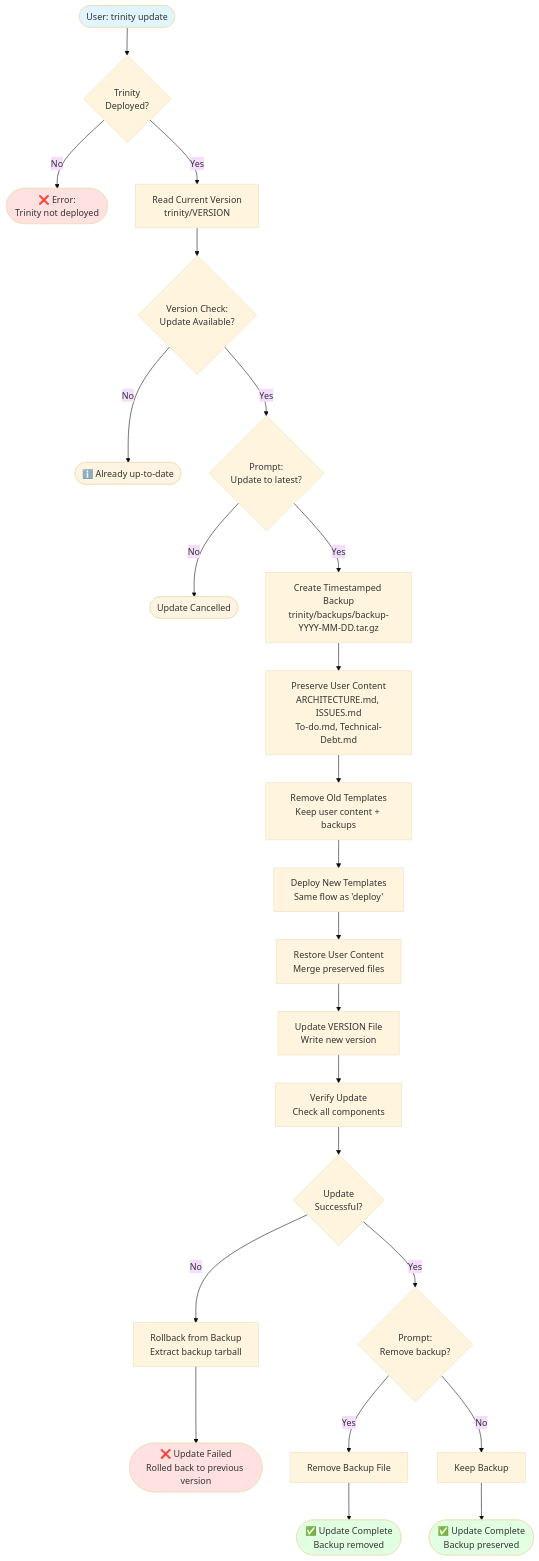
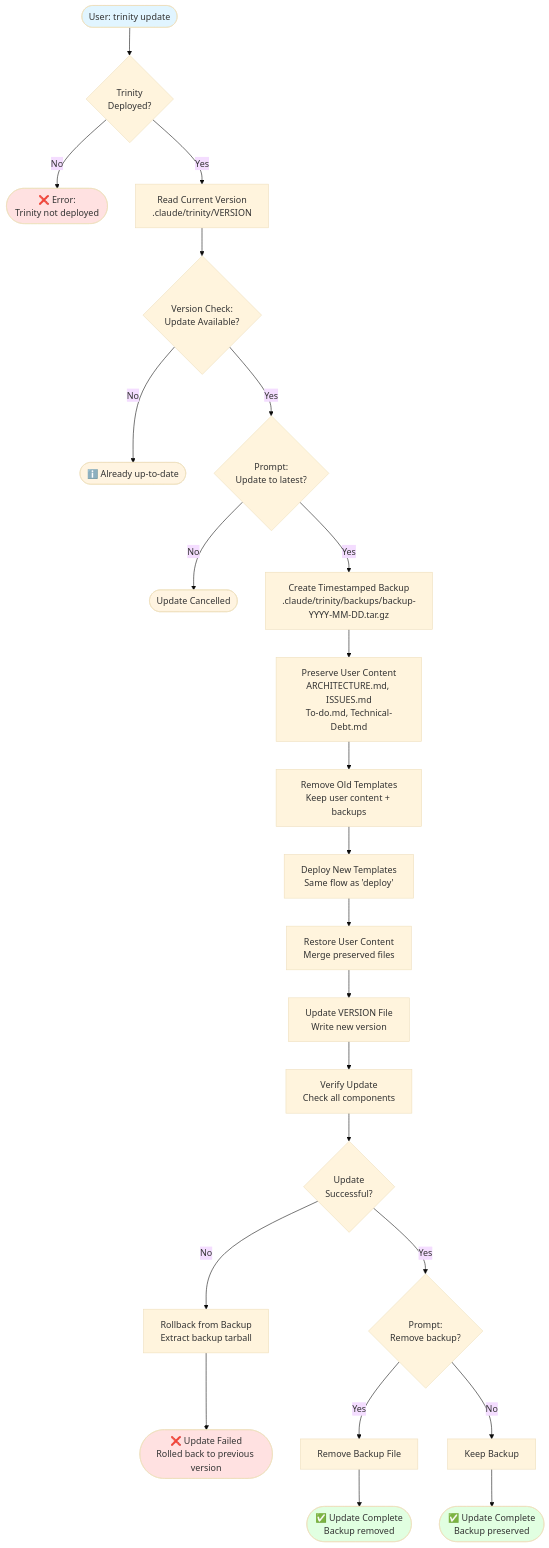
One commit to lukadfagundes/trinity-method-sdk changed the second of 2 diagrams in docs/images/cli-command-flow.md. Above: the diagram before and after it, drawn with Mermaid (base theme). The commit also changed other lines of this file and 121 other files, not shown here.

Commit message:
refactor: move trinity/ deployment target inside .claude/ directory (#3)

````diff
--- a/docs/images/cli-command-flow.md
+++ b/docs/images/cli-command-flow.md
@@ -53,42 +53,42 @@
 ```mermaid
 flowchart TD
     START([User: trinity update]) --> CHECK_DEPLOYED{Trinity<br/>Deployed?}
 
     CHECK_DEPLOYED -->|No| ERROR_NOT_DEPLOYED([❌ Error:<br/>Trinity not deployed])
-    CHECK_DEPLOYED -->|Yes| READ_VERSION[Read Current Version<br/>trinity/VERSION]
+    CHECK_DEPLOYED -->|Yes| READ_VERSION[Read Current Version<br/>.claude/trinity/VERSION]
 
     READ_VERSION --> COMPARE_VERSION{Version Check:<br/>Update Available?}
     COMPARE_VERSION -->|No| UP_TO_DATE([ℹ️ Already up-to-date])
     COMPARE_VERSION -->|Yes| PROMPT_UPDATE{Prompt:<br/>Update to latest?}
 
     PROMPT_UPDATE -->|No| CANCEL([Update Cancelled])
-    PROMPT_UPDATE -->|Yes| CREATE_BACKUP[Create Timestamped Backup<br/>trinity/backups/backup-YYYY-MM-DD.tar.gz]
+    PROMPT_UPDATE -->|Yes| CREATE_BACKUP[Create Timestamped Backup<br/>.claude/trinity/backups/backup-YYYY-MM-DD.tar.gz]
 
     CREATE_BACKUP --> PRESERVE_USER[Preserve User Content<br/>ARCHITECTURE.md, ISSUES.md<br/>To-do.md, Technical-Debt.md]
     PRESERVE_USER --> REMOVE_OLD[Remove Old Templates<br/>Keep user content + backups]
 
     REMOVE_OLD --> DEPLOY_NEW[Deploy New Templates<br/>Same flow as 'deploy']
     DEPLOY_NEW --> RESTORE_USER[Restore User Content<br/>Merge preserved files]
 
     RESTORE_USER --> UPDATE_VERSION[Update VERSION File<br/>Write new version]
     UPDATE_VERSION --> VERIFY[Verify Update<br/>Check all components]
 
     VERIFY --> VERIFY_RESULT{Update<br/>Successful?}
     VERIFY_RESULT -->|No| ROLLBACK[Rollback from Backup<br/>Extract backup tarball]
     ROLLBACK --> ERROR_ROLLBACK([❌ Update Failed<br/>Rolled back to previous version])
 
     VERIFY_RESULT -->|Yes| CLEANUP_PROMPT{Prompt:<br/>Remove backup?}
     CLEANUP_PROMPT -->|Yes| CLEANUP[Remove Backup File]
     CLEANUP_PROMPT -->|No| KEEP_BACKUP[Keep Backup]
 
     CLEANUP --> SUCCESS([✅ Update Complete<br/>Backup removed])
     KEEP_BACKUP --> SUCCESS_BACKUP([✅ Update Complete<br/>Backup preserved])
 
     style START fill:#e1f5ff
     style SUCCESS fill:#e1ffe1
     style SUCCESS_BACKUP fill:#e1ffe1
     style ERROR_NOT_DEPLOYED fill:#ffe1e1
     style ERROR_ROLLBACK fill:#ffe1e1
     style UP_TO_DATE fill:#fff4e1
     style CANCEL fill:#fff4e1
 ```
````
